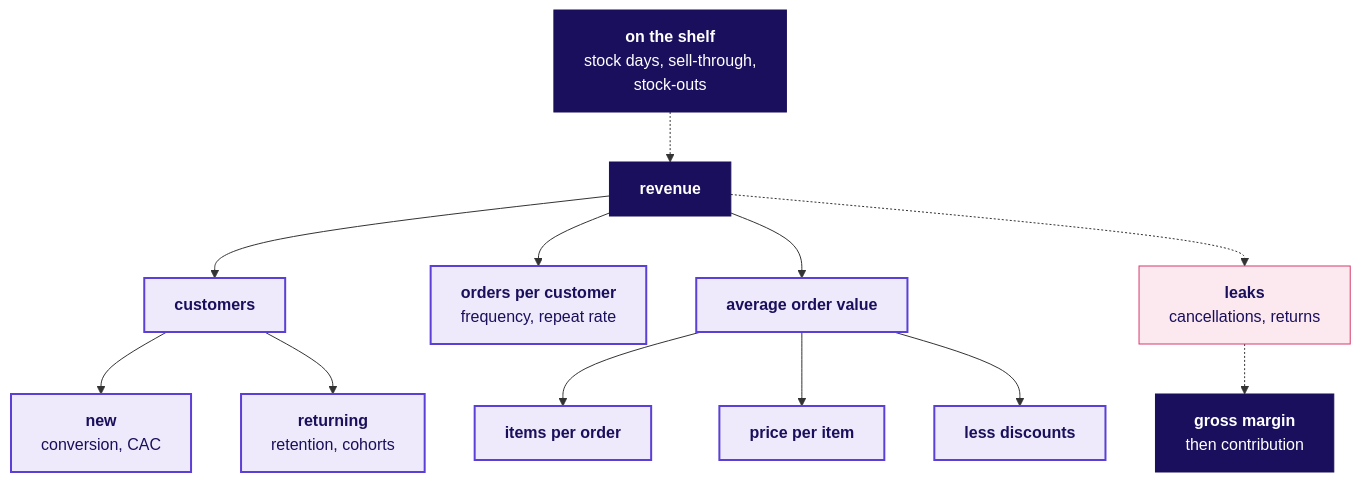
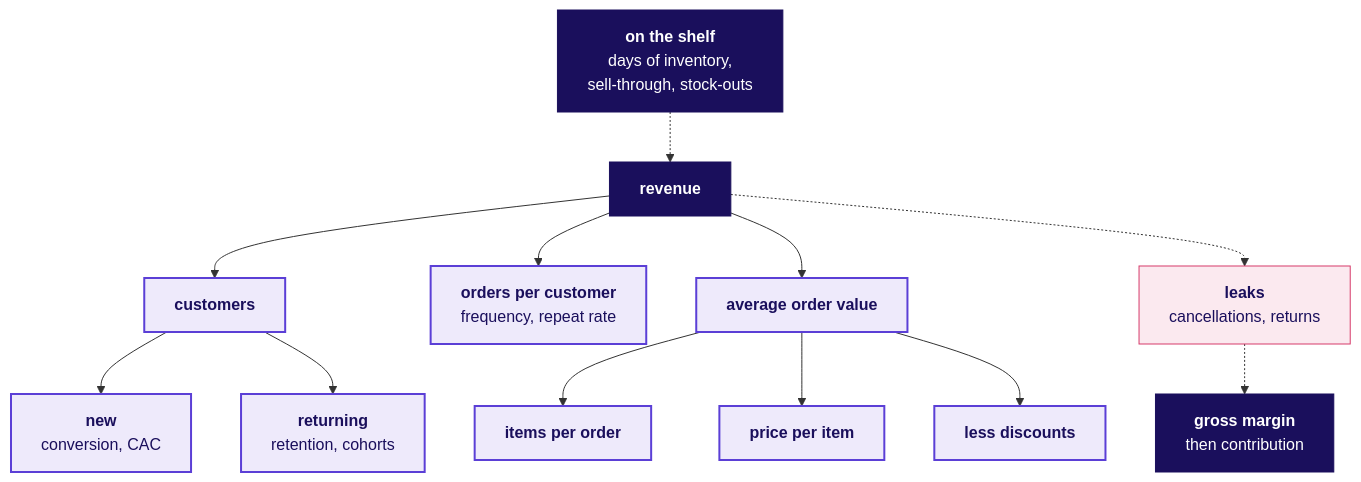
One commit to fde-academy-lab/c2-content-factory changed the diagram in content/W01/D1/cheatsheets/C2_W01_D01_retail_domain_card_STUDENT.md. Above: the diagram before and after it, drawn with Mermaid. The commit also changed other lines of this file and 2 other files, not shown here.

````diff
--- a/content/W01/D1/cheatsheets/C2_W01_D01_retail_domain_card_STUDENT.md
+++ b/content/W01/D1/cheatsheets/C2_W01_D01_retail_domain_card_STUDENT.md
@@ -7,20 +7,20 @@
 ```mermaid
 flowchart TB
     R["<b>revenue</b>"] --> C["<b>customers</b>"]
     R --> F["<b>orders per customer</b><br/>frequency, repeat rate"]
     R --> A["<b>average order value</b>"]
     R -.-> L["<b>leaks</b><br/>cancellations, returns"]
     C --> N["<b>new</b><br/>conversion, CAC"]
     C --> T["<b>returning</b><br/>retention, cohorts"]
     A --> I["<b>items per order</b>"]
     A --> P["<b>price per item</b>"]
     A --> D["<b>less discounts</b>"]
     L -.-> M["<b>gross margin</b><br/>then contribution"]
-    S["<b>on the shelf</b><br/>stock days, sell-through,<br/>stock-outs"] -.-> R
+    S["<b>on the shelf</b><br/>days of inventory,<br/>sell-through, stock-outs"] -.-> R
     classDef known fill:#EEEAFB,stroke:#5B3FD6,color:#1A0F5C,stroke-width:2px
     classDef bad fill:#FBE9EF,stroke:#D63A6A,color:#1A0F5C
     classDef dark fill:#1A0F5C,stroke:#1A0F5C,color:#FFFFFF
     class C,F,A,N,T,I,P,D known
     class L bad
     class R,M,S dark
 ```
````
